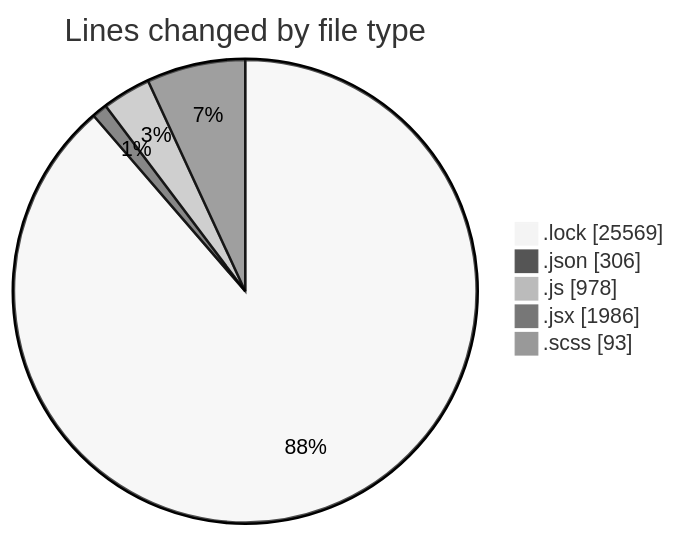
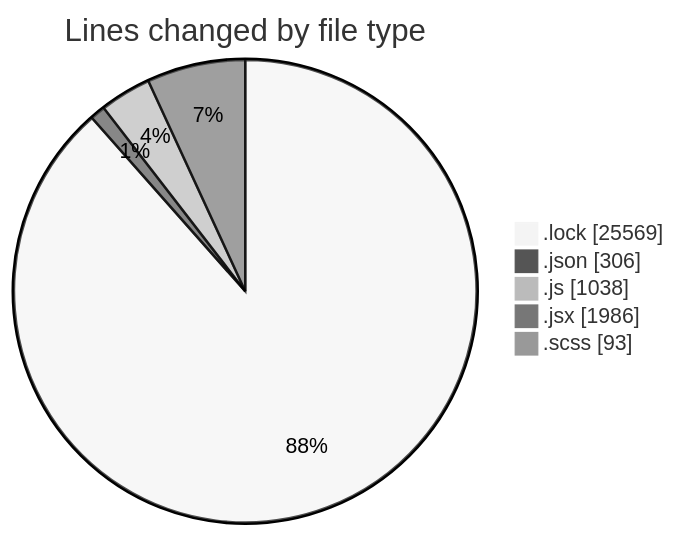
One commit to momahboobian/code-tracking changed the first of 2 diagrams in 2026-01-07/cda/README.md. Above: the diagram before and after it, drawn with Mermaid (neutral theme). The commit also changed other lines of this file and 1 other file, not shown here.

````diff
--- a/2026-01-07/cda/README.md
+++ b/2026-01-07/cda/README.md
@@ -42,9 +43,9 @@
 ```mermaid
 pie showData
 title Lines changed by file type
 ".lock" : 25569
 ".json" : 306
-".js" : 978
+".js" : 1038
 ".jsx" : 1986
 ".scss" : 93
 ```
````
